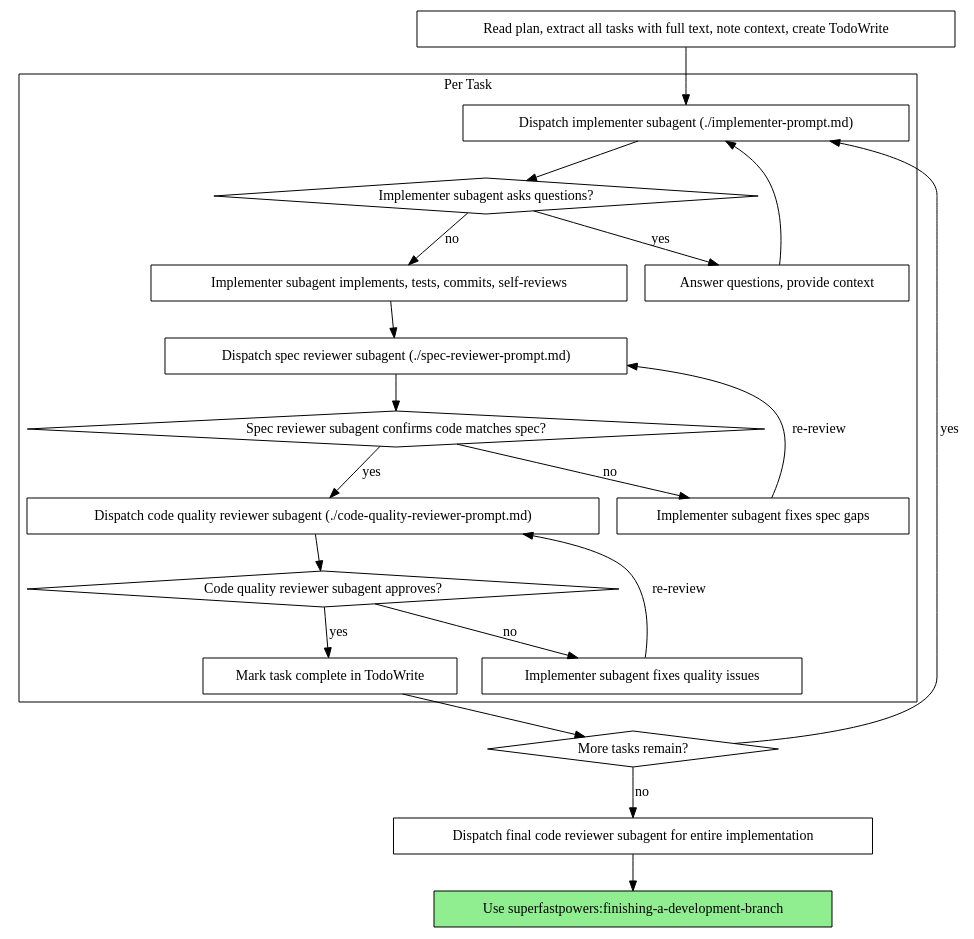
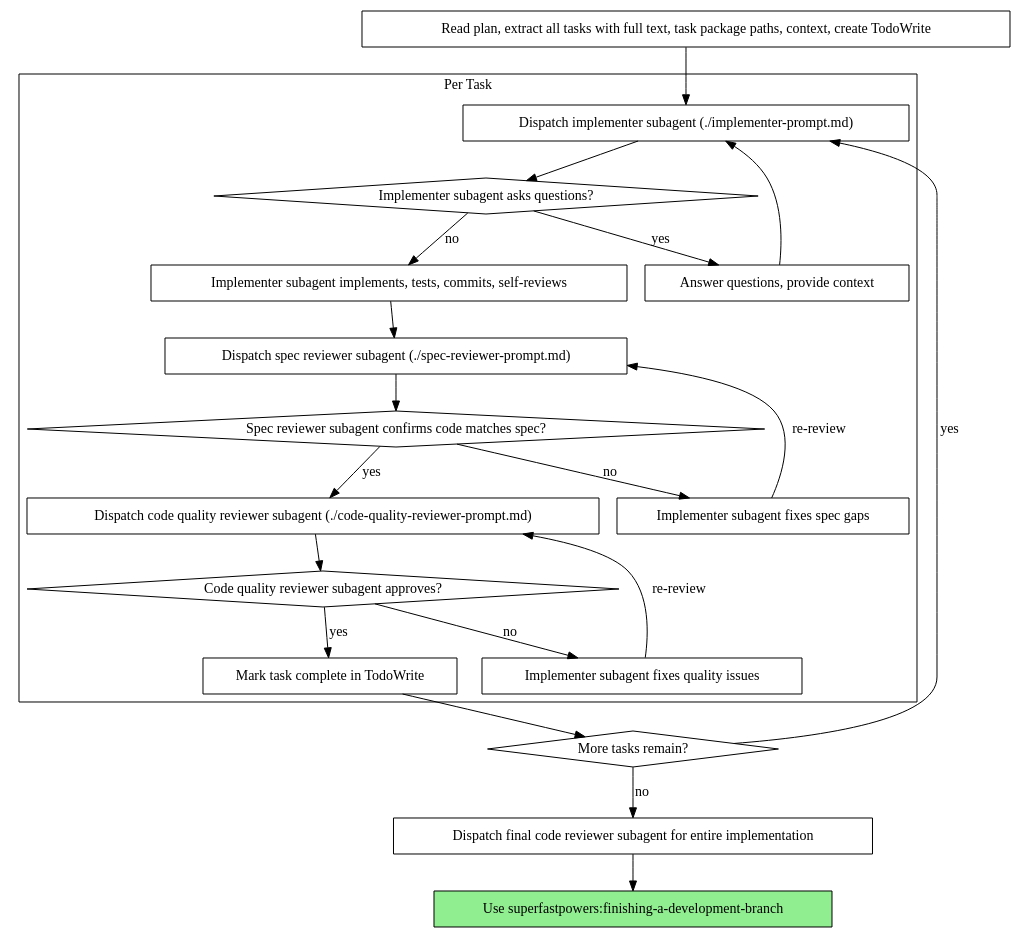
Before and after one commit to GoldeneyeZ/superfastpowers: the second of 2 diagrams in skills/subagent-driven-development/SKILL.md, drawn with Graphviz. The commit also changed other lines of this file and 4 other files, not shown here.

````diff
--- a/skills/subagent-driven-development/SKILL.md
+++ b/skills/subagent-driven-development/SKILL.md
@@ -44,44 +44,44 @@
 ```dot
 digraph process {
     rankdir=TB;
 
     subgraph cluster_per_task {
         label="Per Task";
         "Dispatch implementer subagent (./implementer-prompt.md)" [shape=box];
         "Implementer subagent asks questions?" [shape=diamond];
         "Answer questions, provide context" [shape=box];
         "Implementer subagent implements, tests, commits, self-reviews" [shape=box];
         "Dispatch spec reviewer subagent (./spec-reviewer-prompt.md)" [shape=box];
         "Spec reviewer subagent confirms code matches spec?" [shape=diamond];
         "Implementer subagent fixes spec gaps" [shape=box];
         "Dispatch code quality reviewer subagent (./code-quality-reviewer-prompt.md)" [shape=box];
         "Code quality reviewer subagent approves?" [shape=diamond];
         "Implementer subagent fixes quality issues" [shape=box];
         "Mark task complete in TodoWrite" [shape=box];
     }
 
-    "Read plan, extract all tasks with full text, note context, create TodoWrite" [shape=box];
+    "Read plan, extract all tasks with full text, task package paths, context, create TodoWrite" [shape=box];
     "More tasks remain?" [shape=diamond];
     "Dispatch final code reviewer subagent for entire implementation" [shape=box];
     "Use superfastpowers:finishing-a-development-branch" [shape=box style=filled fillcolor=lightgreen];
 
-    "Read plan, extract all tasks with full text, note context, create TodoWrite" -> "Dispatch implementer subagent (./implementer-prompt.md)";
+    "Read plan, extract all tasks with full text, task package paths, context, create TodoWrite" -> "Dispatch implementer subagent (./implementer-prompt.md)";
     "Dispatch implementer subagent (./implementer-prompt.md)" -> "Implementer subagent asks questions?";
     "Implementer subagent asks questions?" -> "Answer questions, provide context" [label="yes"];
     "Answer questions, provide context" -> "Dispatch implementer subagent (./implementer-prompt.md)";
     "Implementer subagent asks questions?" -> "Implementer subagent implements, tests, commits, self-reviews" [label="no"];
     "Implementer subagent implements, tests, commits, self-reviews" -> "Dispatch spec reviewer subagent (./spec-reviewer-prompt.md)";
     "Dispatch spec reviewer subagent (./spec-reviewer-prompt.md)" -> "Spec reviewer subagent confirms code matches spec?";
     "Spec reviewer subagent confirms code matches spec?" -> "Implementer subagent fixes spec gaps" [label="no"];
     "Implementer subagent fixes spec gaps" -> "Dispatch spec reviewer subagent (./spec-reviewer-prompt.md)" [label="re-review"];
     "Spec reviewer subagent confirms code matches spec?" -> "Dispatch code quality reviewer subagent (./code-quality-reviewer-prompt.md)" [label="yes"];
     "Dispatch code quality reviewer subagent (./code-quality-reviewer-prompt.md)" -> "Code quality reviewer subagent approves?";
     "Code quality reviewer subagent approves?" -> "Implementer subagent fixes quality issues" [label="no"];
     "Implementer subagent fixes quality issues" -> "Dispatch code quality reviewer subagent (./code-quality-reviewer-prompt.md)" [label="re-review"];
     "Code quality reviewer subagent approves?" -> "Mark task complete in TodoWrite" [label="yes"];
     "Mark task complete in TodoWrite" -> "More tasks remain?";
     "More tasks remain?" -> "Dispatch implementer subagent (./implementer-prompt.md)" [label="yes"];
     "More tasks remain?" -> "Dispatch final code reviewer subagent for entire implementation" [label="no"];
     "Dispatch final code reviewer subagent for entire implementation" -> "Use superfastpowers:finishing-a-development-branch";
 }
 ```
````
